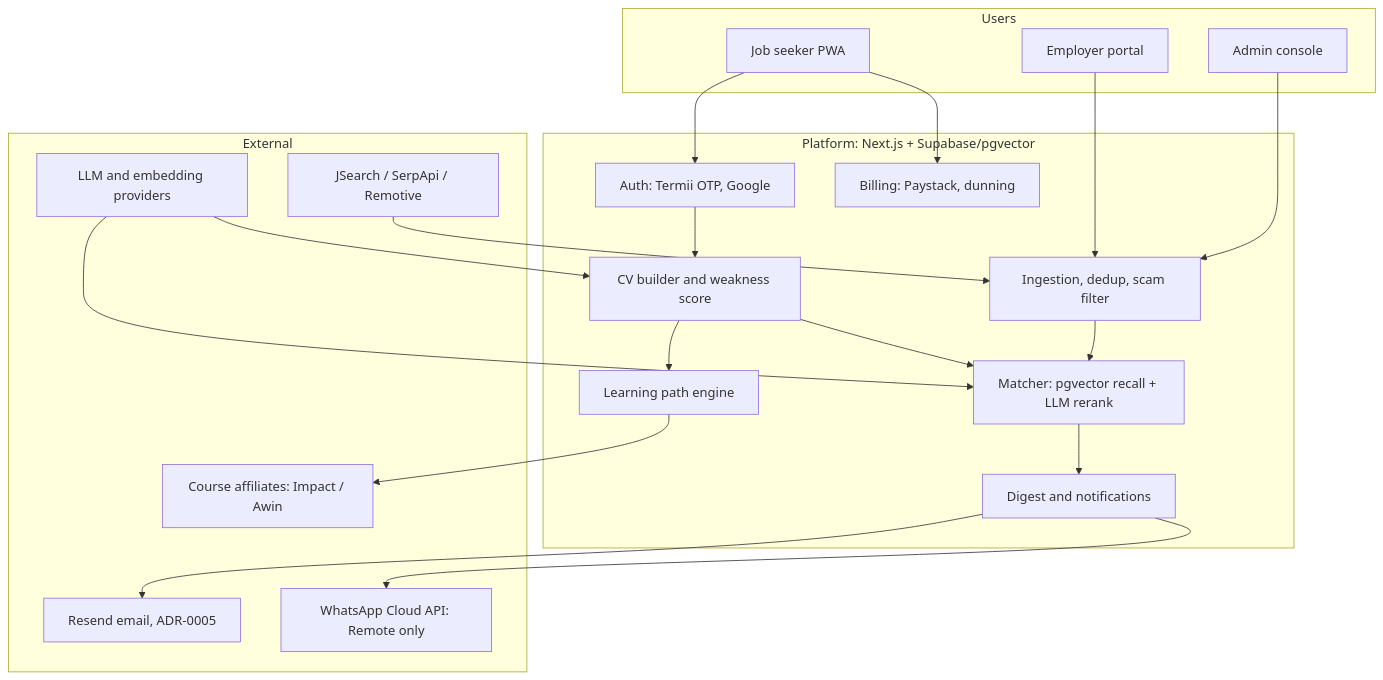
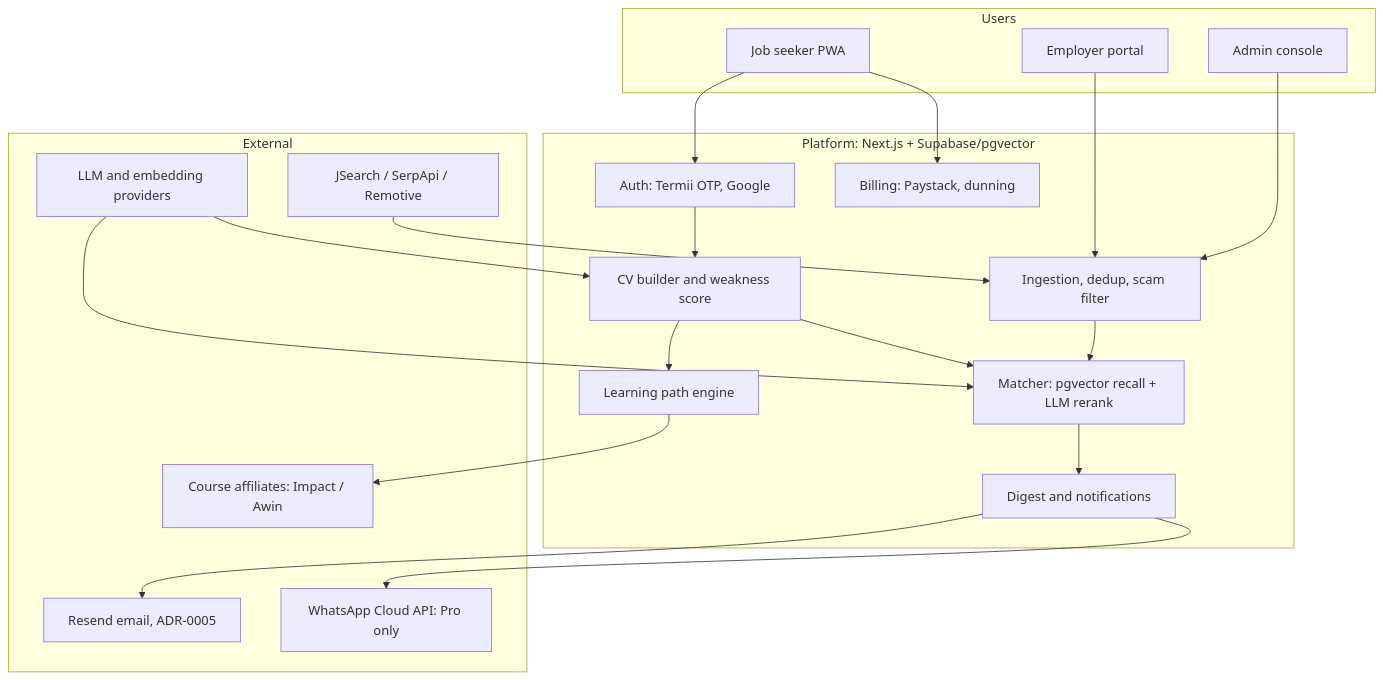
Before and after one commit to soundn/buildyourvalue: the second of 2 diagrams in docs/BRD.md, drawn with Mermaid. The commit also changed other lines of this file and 10 other files, not shown here.

First line of the commit message:
docs: define tiers by service level, Pro replaces the Remote tier (ADR-0019); BRD 1.0 baseline

````diff
--- a/docs/BRD.md
+++ b/docs/BRD.md
@@ -202,34 +203,34 @@
 ```mermaid
 flowchart TB
     subgraph Users
         U1[Job seeker PWA]
         U2[Employer portal]
         U3[Admin console]
     end
     subgraph Core["Platform: Next.js + Supabase/pgvector"]
         P1[Auth: Termii OTP, Google]
         P2[CV builder and weakness score]
         P3[Ingestion, dedup, scam filter]
         P4[Matcher: pgvector recall + LLM rerank]
         P5[Learning path engine]
         P6[Billing: Paystack, dunning]
         P7[Digest and notifications]
     end
     subgraph External
         X1[JSearch / SerpApi / Remotive]
         X2[LLM and embedding providers]
         X3[Resend email, ADR-0005]
-        X4[WhatsApp Cloud API: Remote only]
+        X4[WhatsApp Cloud API: Pro only]
         X5[Course affiliates: Impact / Awin]
     end
     U1 --> P1 --> P2 --> P4 --> P7
     X1 --> P3 --> P4
     P2 --> P5 --> X5
     X2 --> P2
     X2 --> P4
     P7 --> X3
     P7 --> X4
     U1 --> P6
     U2 --> P3
     U3 --> P3
 ```
````
